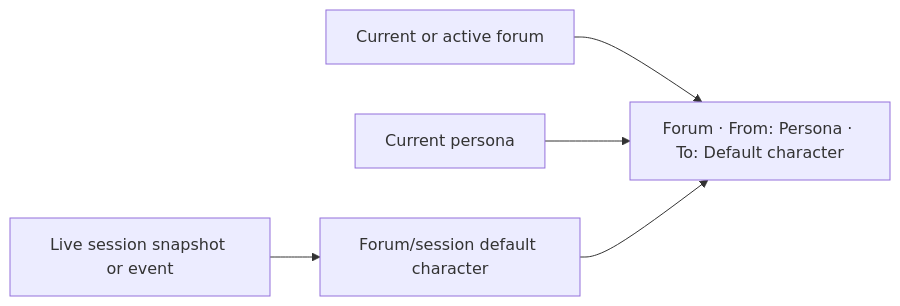
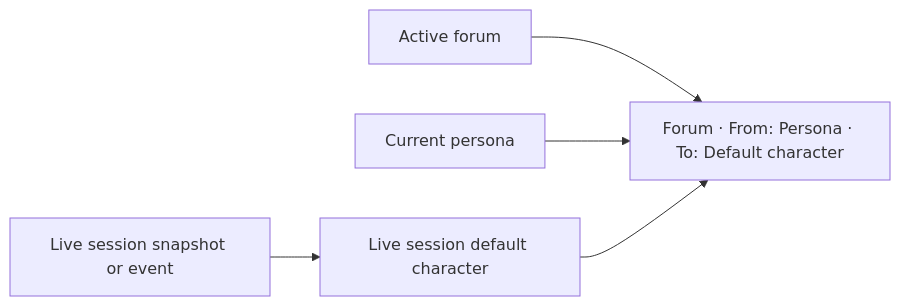
Before and after one commit to michaelpopov/cha: the fifth of 5 diagrams in docs/web-ui/flows.md, drawn with Mermaid. The commit also changed other lines of this file and 19 other files, not shown here.

````diff
--- a/docs/web-ui/flows.md
+++ b/docs/web-ui/flows.md
@@ -65,7 +69,7 @@
 ```mermaid
 flowchart LR
-    Forum["Current or active forum"] --> Status["Forum · From: Persona · To: Default character"]
+    Forum["Active forum"] --> Status["Forum · From: Persona · To: Default character"]
     Persona["Current persona"] --> Status
-    Default["Forum/session default character"] --> Status
+    Default["Live session default character"] --> Status
     Snapshot["Live session snapshot or event"] --> Default
 ```
````
